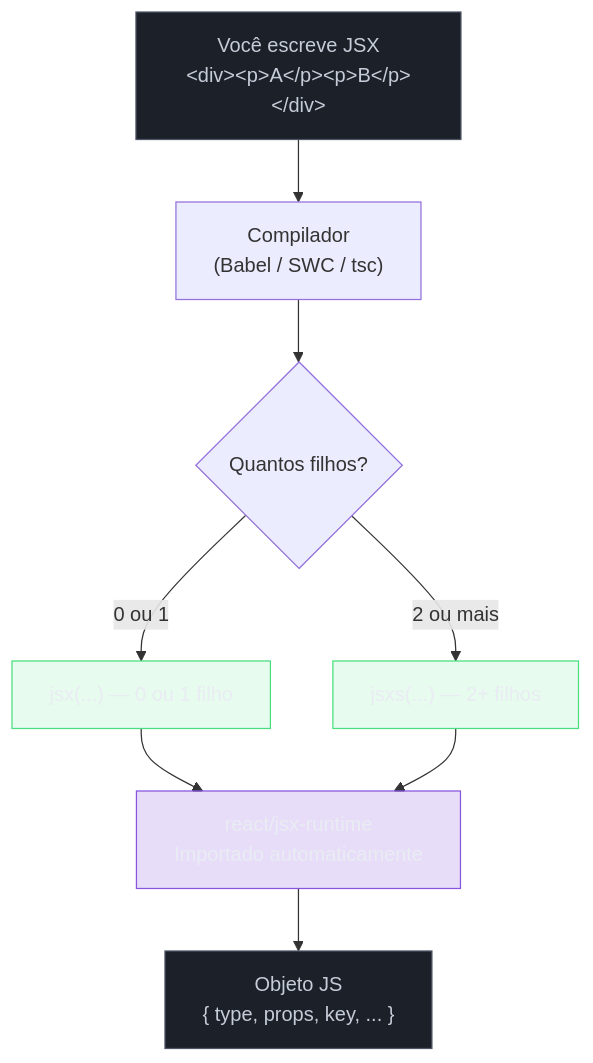
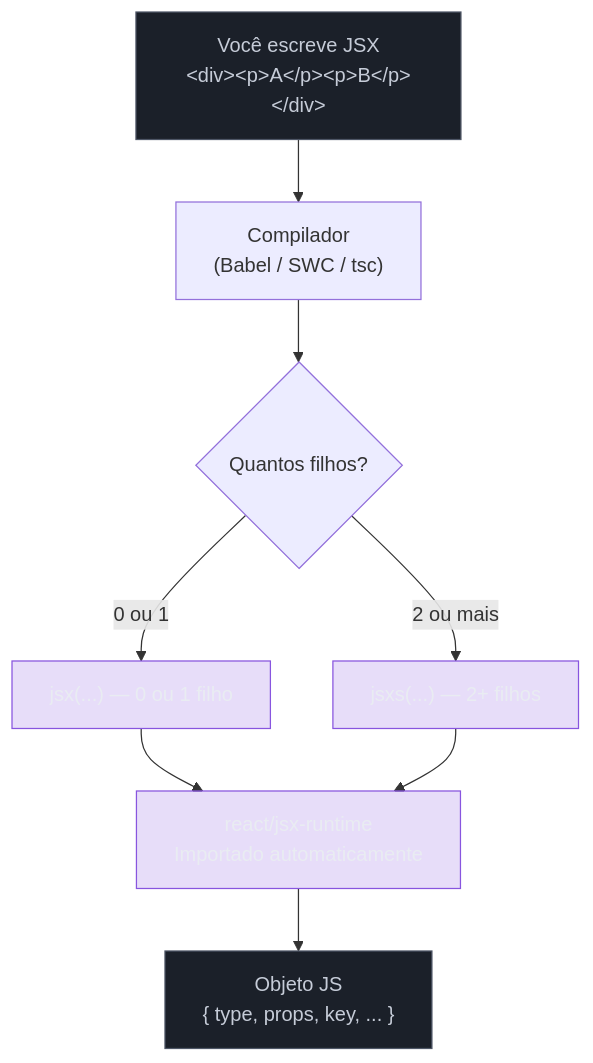
The first of 2 diagrams in 03-Dominios/Tecnologia/React/React core/02 - JSX a fundo.md (josenaldo/codex-technomanticus), drawn with Mermaid before and after one commit. The commit also changed other lines of this file and 601 other files, not shown here.

````diff
--- a/03-Dominios/Tecnologia/React/React core/02 - JSX a fundo.md
+++ b/03-Dominios/Tecnologia/React/React core/02 - JSX a fundo.md
@@ -96,26 +96,25 @@
 ```mermaid
 graph TD
     classDef neutro fill:#1B2029,stroke:#4E5666,color:#C6CCD8
     classDef marca fill:#8855DF33,stroke:#8855DF,color:#E9ECF2
-    classDef ok fill:#4ADE8021,stroke:#4ADE80,color:#E9ECF2
     A["Você escreve JSX\n&lt;div&gt;&lt;p&gt;A&lt;/p&gt;&lt;p&gt;B&lt;/p&gt;&lt;/div&gt;"]
     B["Compilador\n(Babel / SWC / tsc)"]
     C{"Quantos filhos?"}
     D["jsx(...)  — 0 ou 1 filho"]
     E["jsxs(...) — 2+ filhos"]
     F["react/jsx-runtime\nImportado automaticamente"]
     G["Objeto JS\n{ type, props, key, ... }"]
 
     A --> B --> C
     C -->|"0 ou 1"| D
     C -->|"2 ou mais"| E
     D --> F
     E --> F
     F --> G
 
     class A neutro
     class G neutro
     class F marca
-    class D ok
-    class E ok
+    class D marca
+    class E marca
 ```
````
